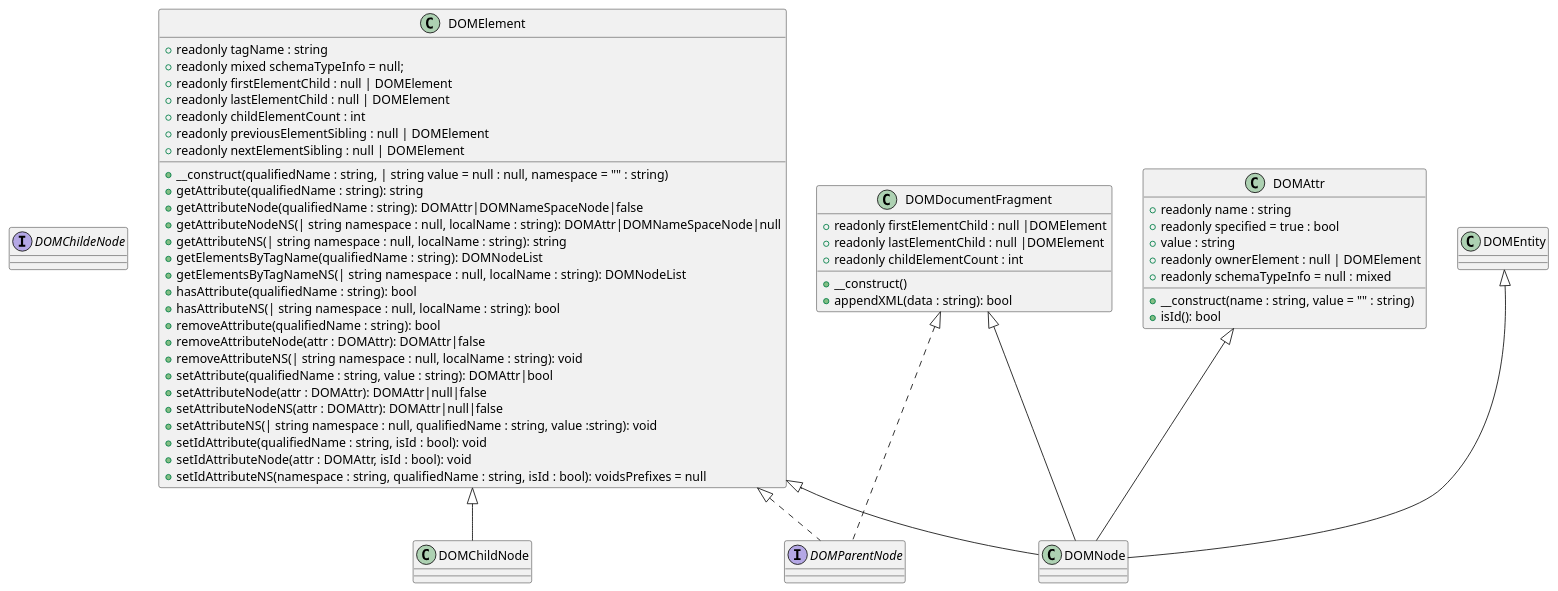
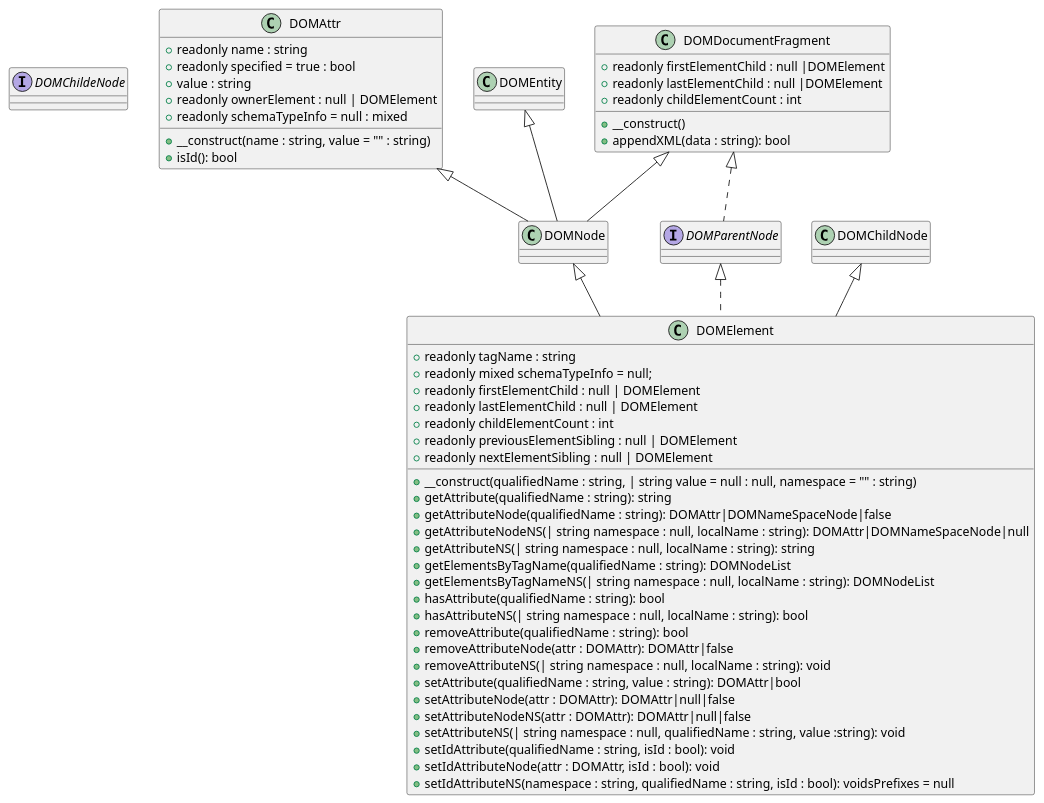
Before and after one commit to kurt-krueckeberg/understanding-dom: the diagram in dom/other.puml, drawn with PlantUML. The commit also changed 5 other files, not shown here.

```diff
--- a/dom/other.puml
+++ b/dom/other.puml
@@ -1,61 +1,62 @@
 @startuml
 interface DOMChildeNode
 interface DOMParentNode
- DOMElement <|-- DOMNode
- DOMElement <|.. DOMParentNode
- DOMElement <|-- DOMChildNode
 
- class DOMElement {
+DOMNode       <|-- DOMElement
+DOMParentNode <|.. DOMElement
+DOMChildNode  <|-- DOMElement
+
+class DOMElement {
   +readonly tagName : string
   +readonly mixed schemaTypeInfo = null;
   +readonly firstElementChild : null | DOMElement
   +readonly lastElementChild : null | DOMElement
   +readonly childElementCount : int
   +readonly previousElementSibling : null | DOMElement
   +readonly nextElementSibling : null | DOMElement
   +__construct(qualifiedName : string, | string value = null : null, namespace = "" : string)
   +getAttribute(qualifiedName : string): string
   +getAttributeNode(qualifiedName : string): DOMAttr|DOMNameSpaceNode|false
   +getAttributeNodeNS(| string namespace : null, localName : string): DOMAttr|DOMNameSpaceNode|null
   +getAttributeNS(| string namespace : null, localName : string): string
   +getElementsByTagName(qualifiedName : string): DOMNodeList
   +getElementsByTagNameNS(| string namespace : null, localName : string): DOMNodeList
   +hasAttribute(qualifiedName : string): bool
   +hasAttributeNS(| string namespace : null, localName : string): bool
   +removeAttribute(qualifiedName : string): bool
   +removeAttributeNode(attr : DOMAttr): DOMAttr|false
   +removeAttributeNS(| string namespace : null, localName : string): void
   +setAttribute(qualifiedName : string, value : string): DOMAttr|bool
   +setAttributeNode(attr : DOMAttr): DOMAttr|null|false
   +setAttributeNodeNS(attr : DOMAttr): DOMAttr|null|false
   +setAttributeNS(| string namespace : null, qualifiedName : string, value :string): void
   +setIdAttribute(qualifiedName : string, isId : bool): void
   +setIdAttributeNode(attr : DOMAttr, isId : bool): void
   +setIdAttributeNS(namespace : string, qualifiedName : string, isId : bool): voidsPrefixes = null
 }
 
 DOMAttr <|-- DOMNode 
 class DOMAttr {
   +readonly name : string
   +readonly specified = true : bool
   +value : string
   +readonly ownerElement : null | DOMElement
   +readonly schemaTypeInfo = null : mixed
   +__construct(name : string, value = "" : string)
   +isId(): bool
 }
 
 DOMEntity <|-- DOMNode
 
 DOMDocumentFragment <|-- DOMNode
 
 DOMDocumentFragment <|.. DOMParentNode
 
 class DOMDocumentFragment {
   +readonly firstElementChild : null |DOMElement
   +readonly lastElementChild : null |DOMElement
   +readonly childElementCount : int
   +__construct()
   +appendXML(data : string): bool
 }
 @enduml
```
